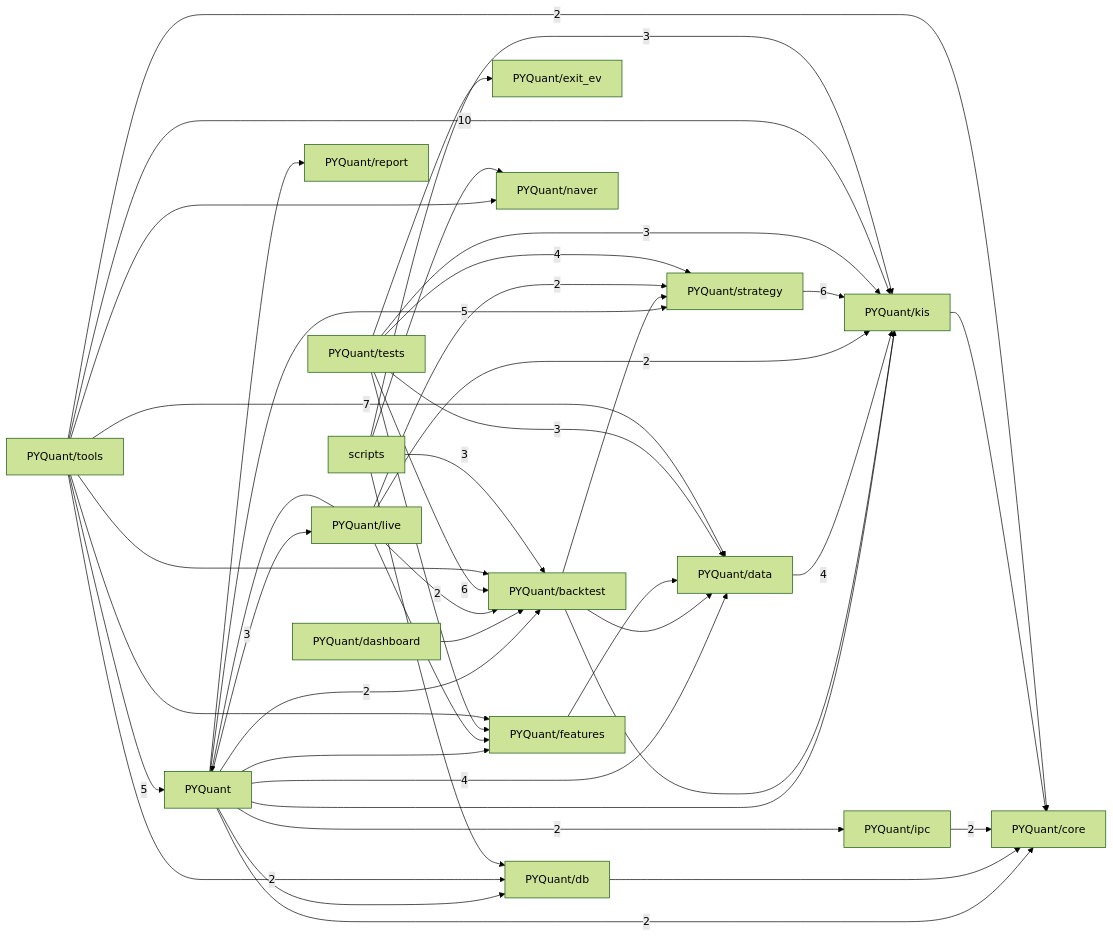
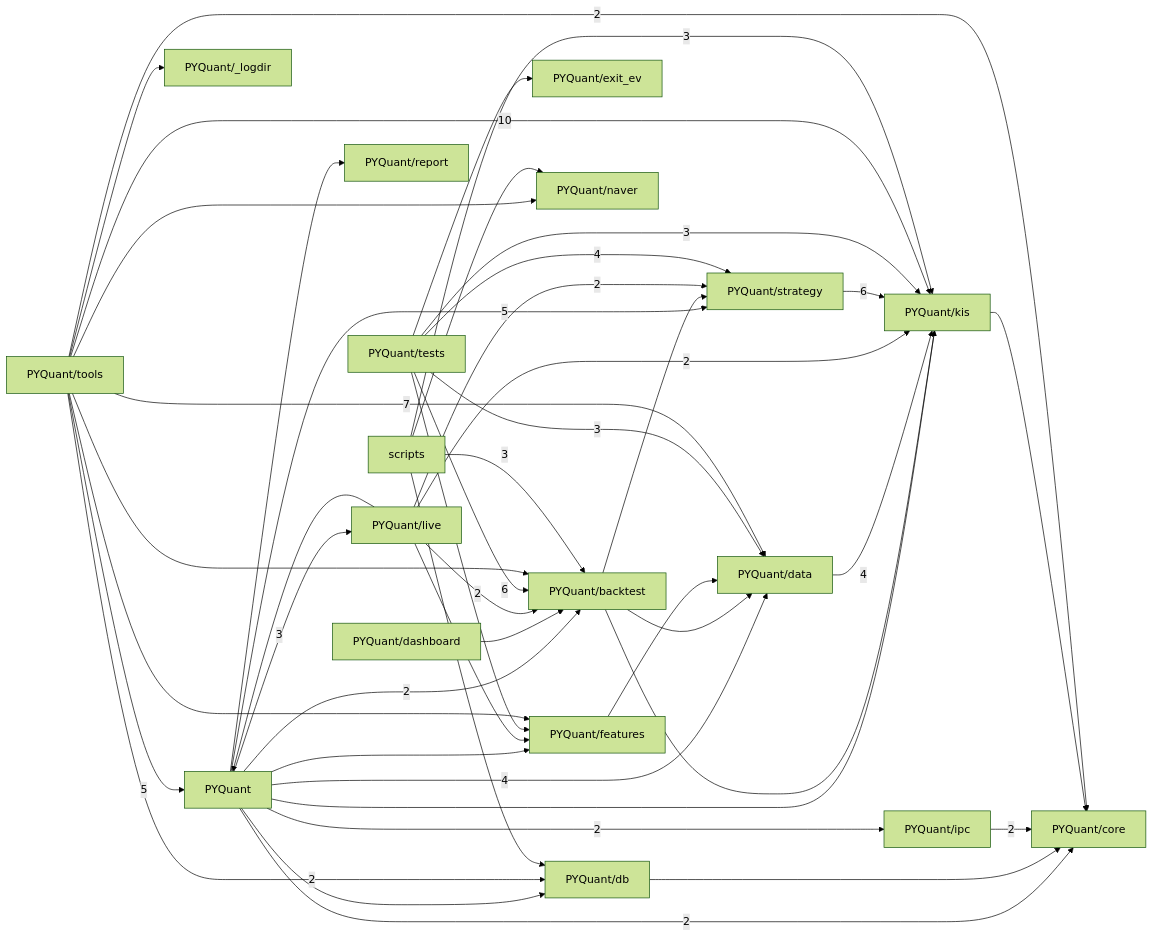
Before and after one commit to pypy8171/Quant: the third of 3 diagrams in docs/CODE_GRAPH.md, drawn with Mermaid (forest theme). The commit also changed other lines of this file and 19 other files, not shown here.

````diff
--- a/docs/CODE_GRAPH.md
+++ b/docs/CODE_GRAPH.md
@@ -650,63 +650,65 @@
 ```mermaid
 graph LR
   p_PYQuant["PYQuant"]
+  p_PYQuant__logdir["PYQuant/_logdir"]
   p_PYQuant_backtest["PYQuant/backtest"]
   p_PYQuant_core["PYQuant/core"]
   p_PYQuant_dashboard["PYQuant/dashboard"]
   p_PYQuant_data["PYQuant/data"]
   p_PYQuant_db["PYQuant/db"]
   p_PYQuant_exit_ev["PYQuant/exit_ev"]
   p_PYQuant_features["PYQuant/features"]
   p_PYQuant_ipc["PYQuant/ipc"]
   p_PYQuant_kis["PYQuant/kis"]
   p_PYQuant_live["PYQuant/live"]
   p_PYQuant_naver["PYQuant/naver"]
   p_PYQuant_report["PYQuant/report"]
   p_PYQuant_strategy["PYQuant/strategy"]
   p_PYQuant_tests["PYQuant/tests"]
   p_PYQuant_tools["PYQuant/tools"]
   p_scripts["scripts"]
   p_PYQuant -->|2| p_PYQuant_backtest
   p_PYQuant -->|2| p_PYQuant_core
   p_PYQuant -->|4| p_PYQuant_data
   p_PYQuant --> p_PYQuant_db
   p_PYQuant --> p_PYQuant_features
   p_PYQuant -->|2| p_PYQuant_ipc
   p_PYQuant --> p_PYQuant_kis
   p_PYQuant -->|3| p_PYQuant_live
   p_PYQuant --> p_PYQuant_report
   p_PYQuant -->|5| p_PYQuant_strategy
   p_PYQuant_backtest --> p_PYQuant_data
   p_PYQuant_backtest --> p_PYQuant_kis
   p_PYQuant_backtest --> p_PYQuant_strategy
   p_PYQuant_dashboard --> p_PYQuant_backtest
   p_PYQuant_data -->|4| p_PYQuant_kis
   p_PYQuant_db --> p_PYQuant_core
   p_PYQuant_features --> p_PYQuant_data
   p_PYQuant_ipc -->|2| p_PYQuant_core
   p_PYQuant_kis --> p_PYQuant_core
   p_PYQuant_live --> p_PYQuant
   p_PYQuant_live -->|2| p_PYQuant_backtest
   p_PYQuant_live --> p_PYQuant_features
   p_PYQuant_live -->|2| p_PYQuant_kis
   p_PYQuant_live -->|2| p_PYQuant_strategy
   p_PYQuant_strategy -->|6| p_PYQuant_kis
   p_PYQuant_tests -->|6| p_PYQuant_backtest
   p_PYQuant_tests -->|3| p_PYQuant_data
   p_PYQuant_tests --> p_PYQuant_exit_ev
   p_PYQuant_tests --> p_PYQuant_features
   p_PYQuant_tests -->|3| p_PYQuant_kis
   p_PYQuant_tests -->|4| p_PYQuant_strategy
   p_PYQuant_tools -->|5| p_PYQuant
+  p_PYQuant_tools --> p_PYQuant__logdir
   p_PYQuant_tools --> p_PYQuant_backtest
   p_PYQuant_tools -->|2| p_PYQuant_core
   p_PYQuant_tools -->|7| p_PYQuant_data
   p_PYQuant_tools -->|2| p_PYQuant_db
   p_PYQuant_tools --> p_PYQuant_features
   p_PYQuant_tools -->|10| p_PYQuant_kis
   p_PYQuant_tools --> p_PYQuant_naver
   p_scripts -->|3| p_PYQuant_backtest
   p_scripts --> p_PYQuant_db
   p_scripts -->|3| p_PYQuant_kis
   p_scripts --> p_PYQuant_naver
 ```
````
